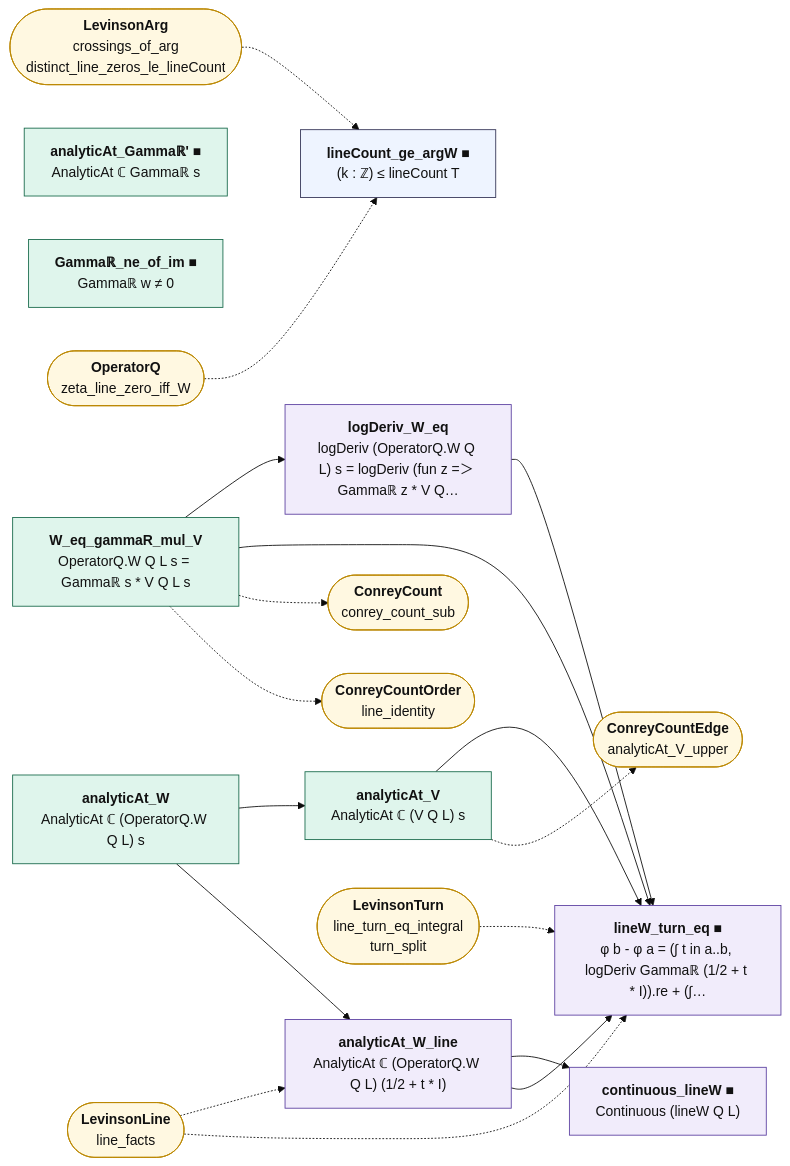
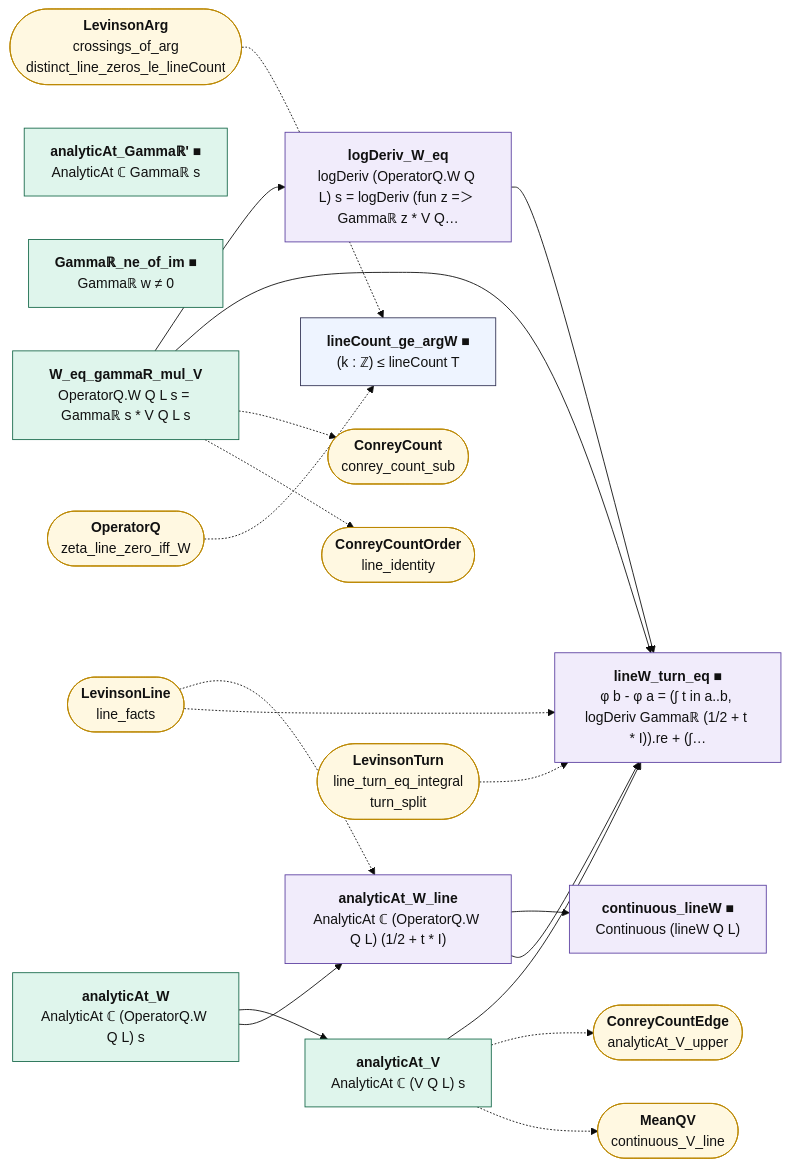
One commit to juliansambranojr/Primebeat_081426 changed the diagram in map/lean_stage3/ConreyCountLine.md. Above: the diagram before and after it, drawn with Mermaid (base theme). The commit also changed other lines of this file and 46 other files, not shown here.

````diff
--- a/map/lean_stage3/ConreyCountLine.md
+++ b/map/lean_stage3/ConreyCountLine.md
@@ -14,44 +14,46 @@
 ```mermaid
 flowchart LR
   n0["<b>analyticAt_W</b><br/>AnalyticAt ℂ (OperatorQ.W Q L) s"]:::cnt
   n1["<b>analyticAt_Gammaℝ' ■</b><br/>AnalyticAt ℂ Gammaℝ s"]:::cnt
   n2["<b>analyticAt_V</b><br/>AnalyticAt ℂ (V Q L) s"]:::cnt
   n3["<b>Gammaℝ_ne_of_im ■</b><br/>Gammaℝ w ≠ 0"]:::cnt
   n4["<b>W_eq_gammaR_mul_V</b><br/>OperatorQ.W Q L s = Gammaℝ s * V Q L s"]:::cnt
   n5["<b>analyticAt_W_line</b><br/>AnalyticAt ℂ (OperatorQ.W Q L) (1/2 + t * I)"]:::shp
   n6["<b>continuous_lineW ■</b><br/>Continuous (lineW Q L)"]:::shp
   n7["<b>lineCount_ge_argW ■</b><br/>(k : ℤ) ≤ lineCount T"]:::thm
   n8["<b>logDeriv_W_eq</b><br/>logDeriv (OperatorQ.W Q L) s = logDeriv (fun z =＞ Gammaℝ z * V Q…"]:::shp
   n9["<b>lineW_turn_eq ■</b><br/>φ b - φ a = (∫ t in a..b, logDeriv Gammaℝ (1/2 + t * I)).re + (∫…"]:::shp
   x0(["<b>ConreyCountEdge</b><br/>analyticAt_V_upper"]):::ext
-  x1(["<b>ConreyCount</b><br/>conrey_count_sub"]):::ext
-  x2(["<b>ConreyCountOrder</b><br/>line_identity"]):::ext
-  x3(["<b>LevinsonLine</b><br/>line_facts"]):::ext
-  x4(["<b>LevinsonArg</b><br/>crossings_of_arg<br/>distinct_line_zeros_le_lineCount"]):::ext
-  x5(["<b>OperatorQ</b><br/>zeta_line_zero_iff_W"]):::ext
-  x6(["<b>LevinsonTurn</b><br/>line_turn_eq_integral<br/>turn_split"]):::ext
+  x1(["<b>MeanQV</b><br/>continuous_V_line"]):::ext
+  x2(["<b>ConreyCount</b><br/>conrey_count_sub"]):::ext
+  x3(["<b>ConreyCountOrder</b><br/>line_identity"]):::ext
+  x4(["<b>LevinsonLine</b><br/>line_facts"]):::ext
+  x5(["<b>LevinsonArg</b><br/>crossings_of_arg<br/>distinct_line_zeros_le_lineCount"]):::ext
+  x6(["<b>OperatorQ</b><br/>zeta_line_zero_iff_W"]):::ext
+  x7(["<b>LevinsonTurn</b><br/>line_turn_eq_integral<br/>turn_split"]):::ext
   n0 --> n2
   n0 --> n5
   n2 --> n9
   n4 --> n8
   n4 --> n9
   n5 --> n6
   n5 --> n9
   n8 --> n9
   n2 -.-> x0
-  n4 -.-> x1
+  n2 -.-> x1
   n4 -.-> x2
-  x3 -.-> n5
-  x3 -.-> n9
-  x4 -.-> n7
+  n4 -.-> x3
+  x4 -.-> n5
+  x4 -.-> n9
   x5 -.-> n7
-  x6 -.-> n9
+  x6 -.-> n7
+  x7 -.-> n9
   classDef cnt fill:#dff5ec,stroke:#17694a,color:#111
   classDef shp fill:#f1ecfb,stroke:#5b3fa0,color:#111
   classDef rh fill:#ffe5e5,stroke:#c22,color:#111,stroke-width:2px
   classDef thm fill:#eef4ff,stroke:#335,color:#111
   classDef end_ fill:#e7f7e7,stroke:#2a7,color:#111,stroke-width:2px
   classDef lone fill:#fff,stroke:#999,color:#111,stroke-dasharray:4 3
   classDef bad fill:#ffe5e5,stroke:#c22,color:#111,stroke-width:2px
   classDef ext fill:#fff8e1,stroke:#b80,color:#111
 ```
````
